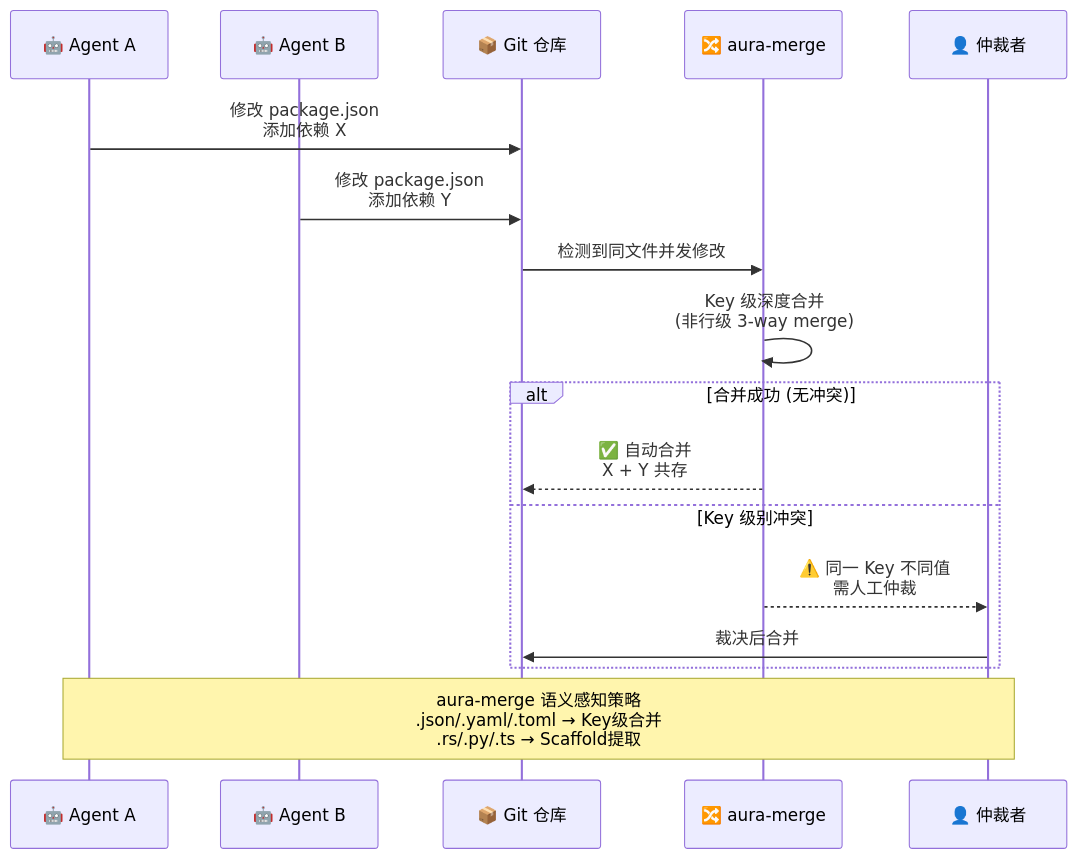
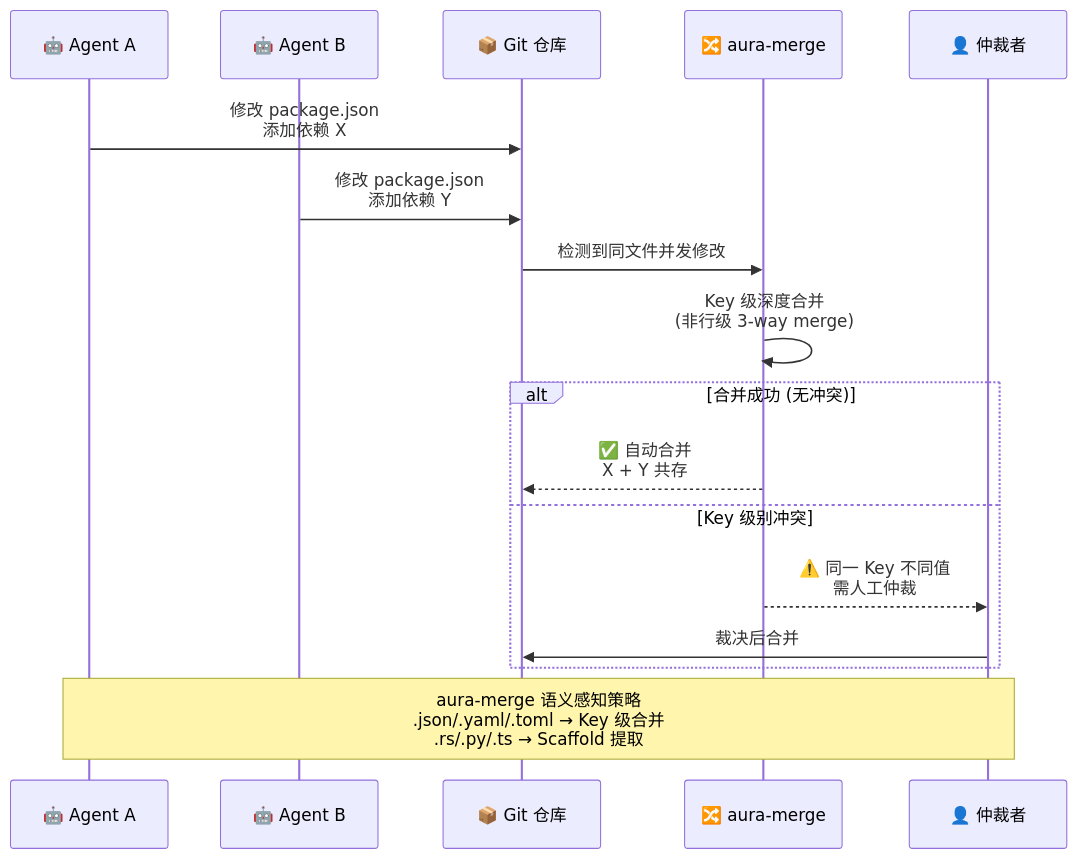
Before and after one commit to biexuxiaoyao/ai-research-lab: the diagram in topics/16-多Agent系统与协作/164-冲突检测与解决.md, drawn with Mermaid. The commit also changed other lines of this file and 91 other files, not shown here.

````diff
--- a/topics/16-多Agent系统与协作/164-冲突检测与解决.md
+++ b/topics/16-多Agent系统与协作/164-冲突检测与解决.md
@@ -29,20 +29,20 @@
 ```mermaid
 sequenceDiagram
     participant A1 as 🤖 Agent A
     participant A2 as 🤖 Agent B
     participant Git as 📦 Git 仓库
     participant Merge as 🔀 aura-merge
     participant Human as 👤 仲裁者
 
     A1->>Git: 修改 package.json<br/>添加依赖 X
     A2->>Git: 修改 package.json<br/>添加依赖 Y
     Git->>Merge: 检测到同文件并发修改
     Merge->>Merge: Key 级深度合并<br/>(非行级 3-way merge)
     alt 合并成功 (无冲突)
         Merge-->>Git: ✅ 自动合并<br/>X + Y 共存
     else Key 级别冲突
         Merge-->>Human: ⚠️ 同一 Key 不同值<br/>需人工仲裁
         Human->>Git: 裁决后合并
     end
-    Note over A1,Human: aura-merge 语义感知策略<br/>.json/.yaml/.toml → Key级合并<br/>.rs/.py/.ts → Scaffold提取
+    Note over A1,Human: aura-merge 语义感知策略<br/>.json/.yaml/.toml → Key 级合并<br/>.rs/.py/.ts → Scaffold 提取
 ```
````
